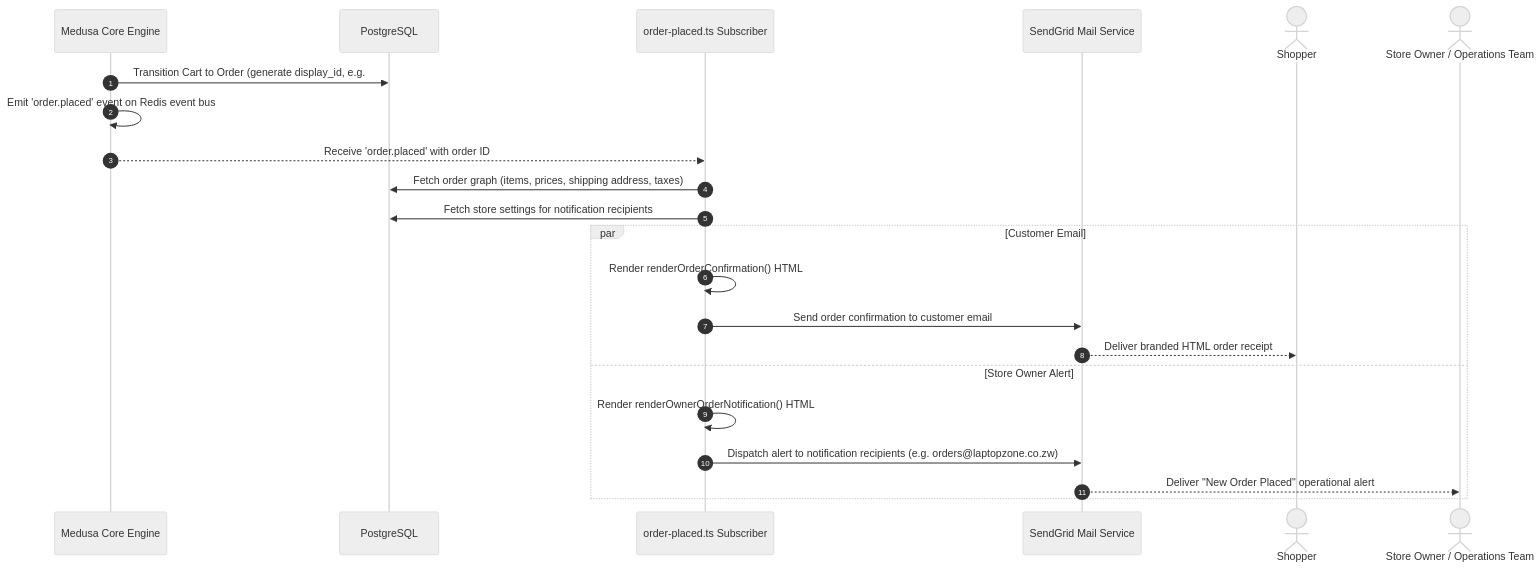
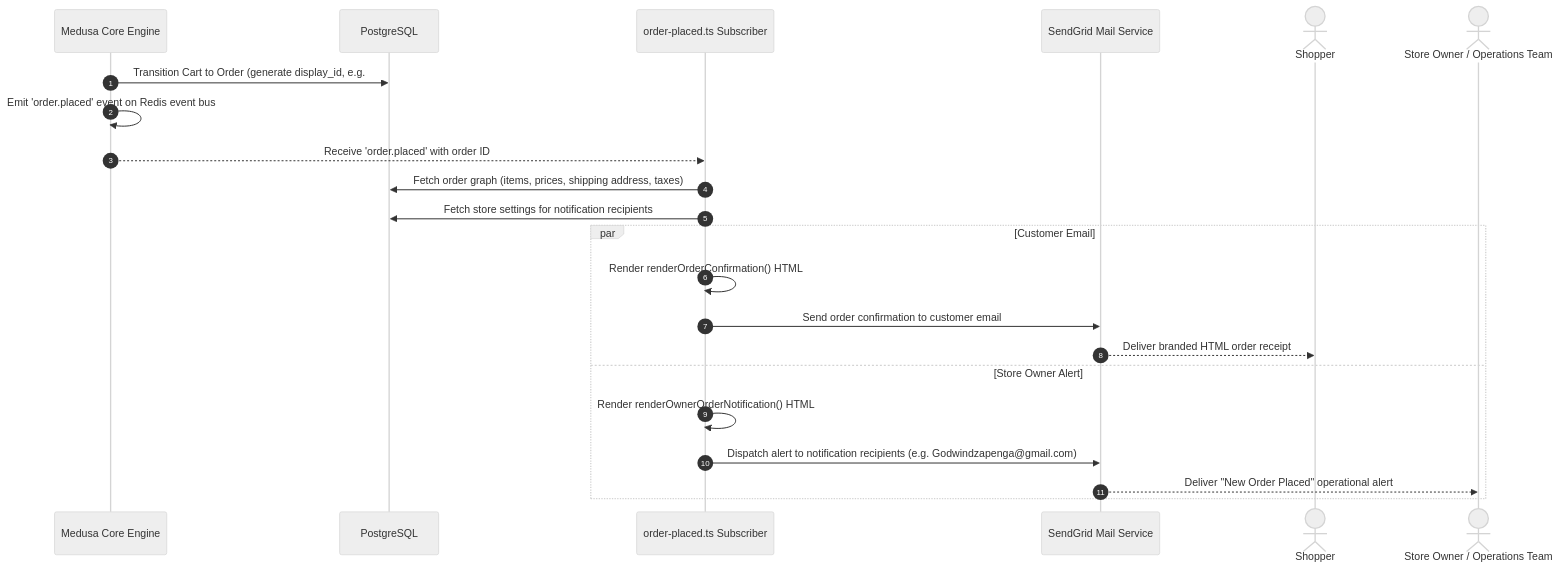
One commit to dzapengagodwin/TriSolar changed the fourth of 5 diagrams in docs/data-flows/data-flows.md. Above: the diagram before and after it, drawn with Mermaid (neutral theme). The commit also changed other lines of this file and 137 other files, not shown here.

````diff
--- a/docs/data-flows/data-flows.md
+++ b/docs/data-flows/data-flows.md
@@ -92,26 +92,26 @@
 ```mermaid
 sequenceDiagram
     autonumber
     participant Medusa as Medusa Core Engine
     participant DB as PostgreSQL
     participant OrderPlacedSub as order-placed.ts Subscriber
     participant SendGrid as SendGrid Mail Service
     actor Customer as Shopper
     actor Admin as Store Owner / Operations Team
 
     Medusa->>DB: Transition Cart to Order (generate display_id, e.g. #1004)
     Medusa->>Medusa: Emit 'order.placed' event on Redis event bus
     Medusa-->>OrderPlacedSub: Receive 'order.placed' with order ID
     OrderPlacedSub->>DB: Fetch order graph (items, prices, shipping address, taxes)
     OrderPlacedSub->>DB: Fetch store settings for notification recipients
 
     par Customer Email
         OrderPlacedSub->>OrderPlacedSub: Render renderOrderConfirmation() HTML
         OrderPlacedSub->>SendGrid: Send order confirmation to customer email
         SendGrid-->>Customer: Deliver branded HTML order receipt
     and Store Owner Alert
         OrderPlacedSub->>OrderPlacedSub: Render renderOwnerOrderNotification() HTML
-        OrderPlacedSub->>SendGrid: Dispatch alert to notification recipients (e.g. orders@laptopzone.co.zw)
+        OrderPlacedSub->>SendGrid: Dispatch alert to notification recipients (e.g. Godwindzapenga@gmail.com)
         SendGrid-->>Admin: Deliver "New Order Placed" operational alert
     end
 ```
````
